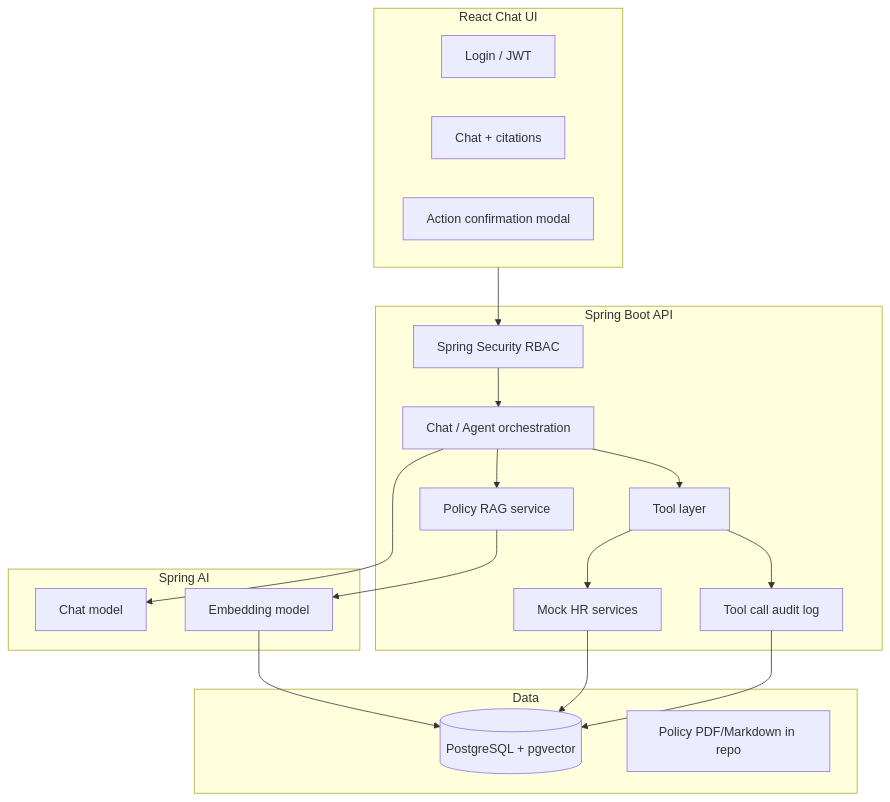
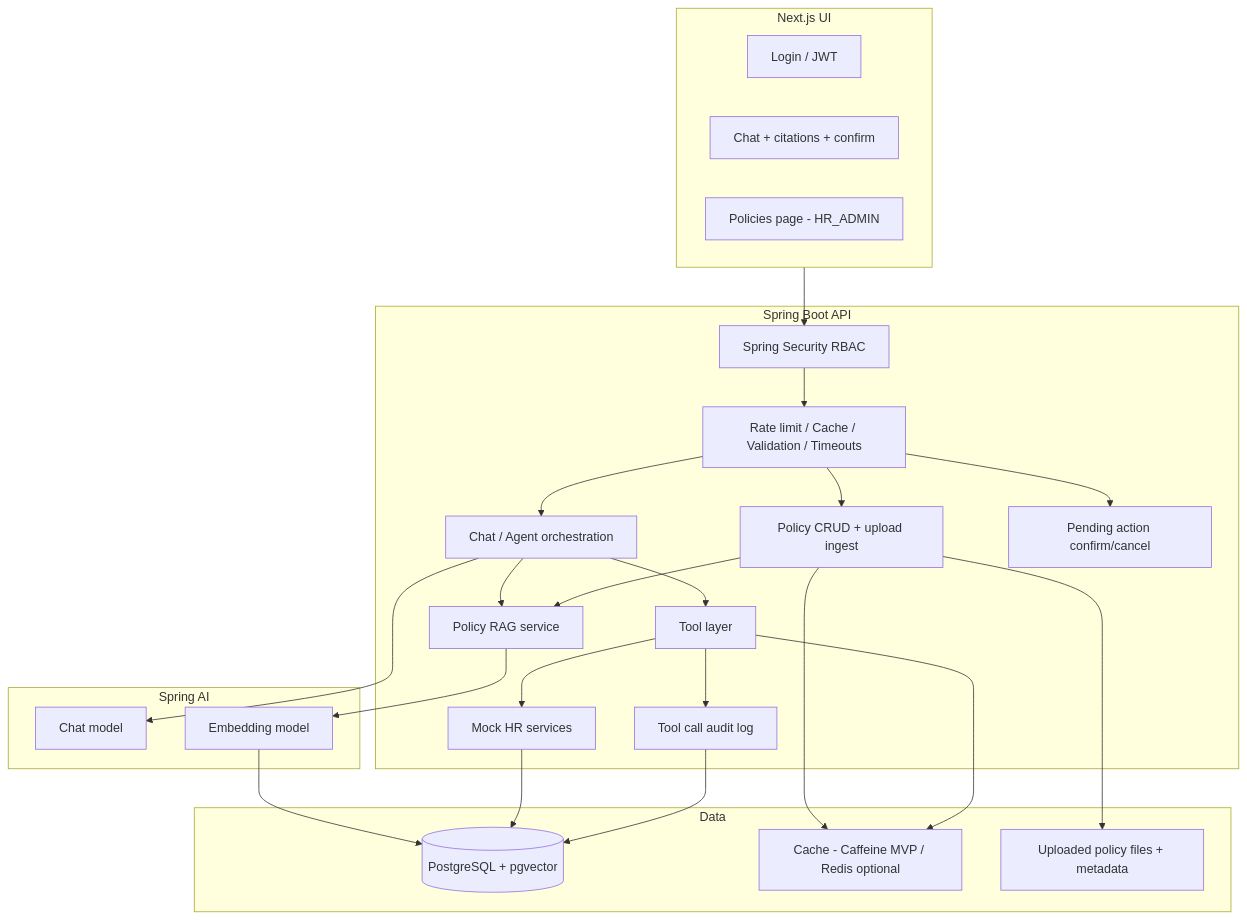
One commit to Bkumar-007/HRMS-POLICY-CONFIG changed the diagram in PROJECT_PLAN.md. Above: the diagram before and after it, drawn with Mermaid. The commit also changed other lines of this file and 52 other files, not shown here.

````diff
--- a/PROJECT_PLAN.md
+++ b/PROJECT_PLAN.md
@@ -26,37 +27,49 @@
 ```mermaid
 flowchart TB
-  subgraph ui [React Chat UI]
+  subgraph ui [Next.js UI]
     Login[Login / JWT]
-    Chat[Chat + citations]
-    Confirm[Action confirmation modal]
+    Chat[Chat + citations + confirm]
+    Policies[Policies page - HR_ADMIN]
   end
 
   subgraph api [Spring Boot API]
     Auth[Spring Security RBAC]
+    CrossCut[Rate limit / Cache / Validation / Timeouts]
     ChatAPI[Chat / Agent orchestration]
+    PolicyAPI[Policy CRUD + upload ingest]
+    ActionsAPI[Pending action confirm/cancel]
     RAG[Policy RAG service]
     Tools[Tool layer]
     MockHR[Mock HR services]
     Audit[Tool call audit log]
   end
 
   subgraph data [Data]
     PG[(PostgreSQL + pgvector)]
-    Files[Policy PDF/Markdown in repo]
+    CacheStore[Cache - Caffeine MVP / Redis optional]
+    PolicyStore[Uploaded policy files + metadata]
   end
 
   subgraph ai [Spring AI]
     LLM[Chat model]
     Embed[Embedding model]
   end
 
-  ui --> Auth --> ChatAPI
+  ui --> Auth
+  Auth --> CrossCut
+  CrossCut --> ChatAPI
+  CrossCut --> PolicyAPI
+  CrossCut --> ActionsAPI
   ChatAPI --> RAG
   ChatAPI --> Tools
+  PolicyAPI --> RAG
+  PolicyAPI --> CacheStore
   Tools --> MockHR
   Tools --> Audit
+  Tools --> CacheStore
   RAG --> Embed --> PG
+  PolicyAPI --> PolicyStore
   ChatAPI --> LLM
   MockHR --> PG
   Audit --> PG
 ```
````
